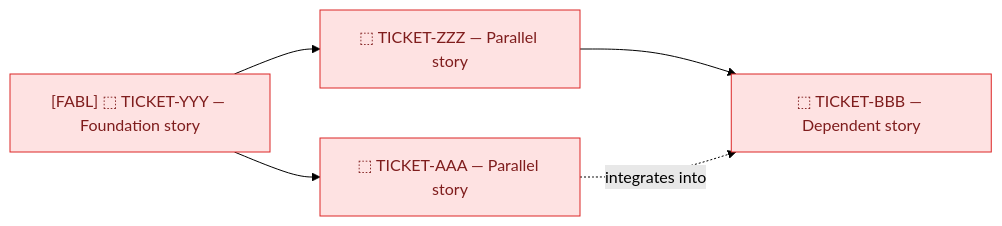
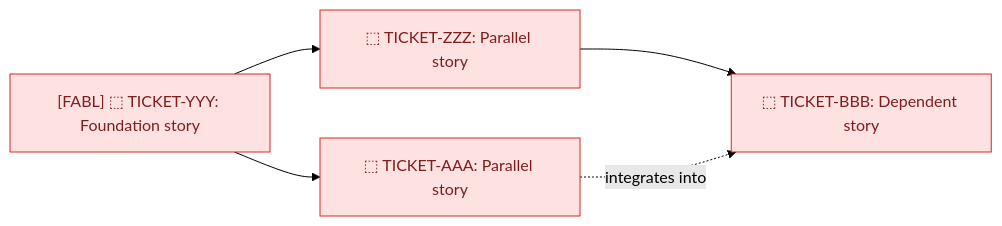
One commit to LSA-Digital/jSwarm changed the first of 2 diagrams in skills/jPlan/pattern.feature-governance.md. Above: the diagram before and after it, drawn with Mermaid (forest theme). The commit also changed other lines of this file, not shown here.

````diff
--- a/skills/jPlan/pattern.feature-governance.md
+++ b/skills/jPlan/pattern.feature-governance.md
@@ -173,17 +173,17 @@
 ```mermaid
 flowchart LR
-  TYYY["[FABL] ⬚ TICKET-YYY — Foundation story"]:::s_backlog
-  TZZZ["⬚ TICKET-ZZZ — Parallel story"]:::s_backlog
-  TAAA["⬚ TICKET-AAA — Parallel story"]:::s_backlog
-  TBBB["⬚ TICKET-BBB — Dependent story"]:::s_backlog
+  TYYY["[FABL] ⬚ TICKET-YYY: Foundation story"]:::s_backlog
+  TZZZ["⬚ TICKET-ZZZ: Parallel story"]:::s_backlog
+  TAAA["⬚ TICKET-AAA: Parallel story"]:::s_backlog
+  TBBB["⬚ TICKET-BBB: Dependent story"]:::s_backlog
 
   TYYY --> TZZZ --> TBBB
   TYYY --> TAAA
   TAAA -.->|integrates into| TBBB
 
   classDef s_backlog fill:#fee2e2,stroke:#dc2626,color:#7f1d1d;
   classDef s_planready fill:#dbeafe,stroke:#2563eb,color:#1e3a8a;
   classDef s_active fill:#fef3c7,stroke:#d97706,color:#78350f;
   classDef s_ready fill:#e0e7ff,stroke:#4338ca,color:#312e81;
   classDef s_done fill:#dcfce7,stroke:#16a34a,color:#14532d;
 ```
````
